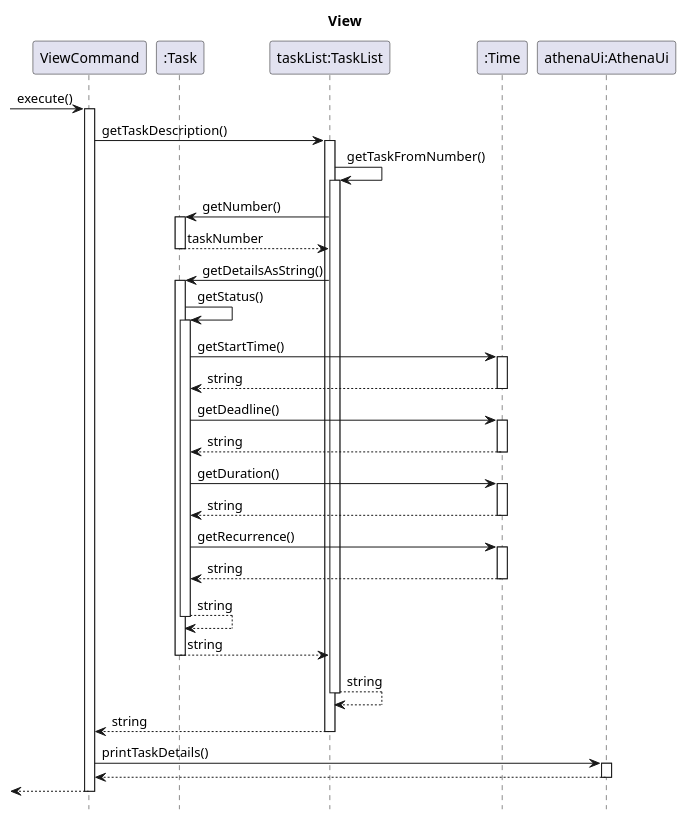
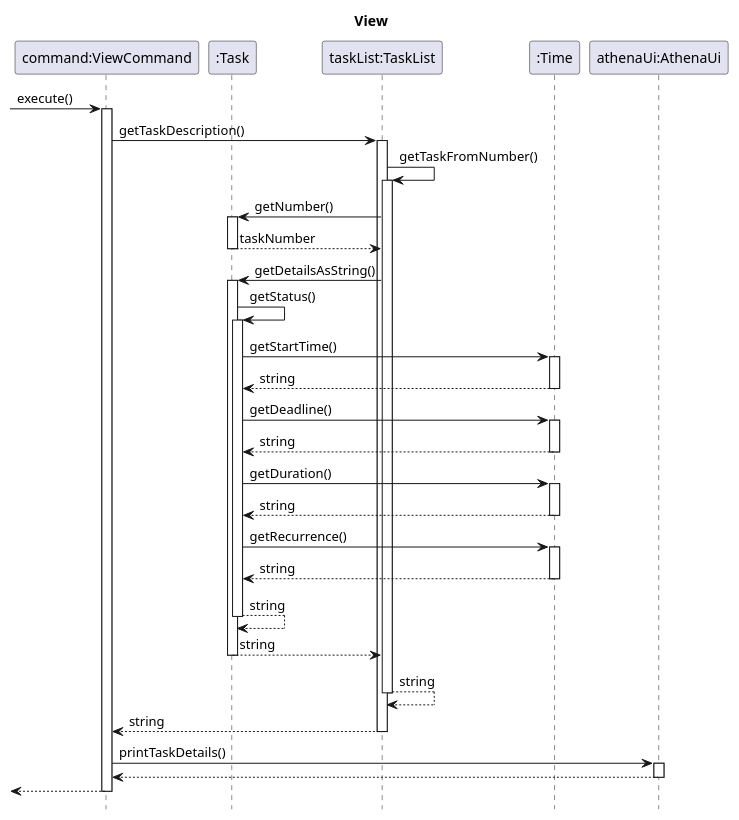
The diagram in docs/sequenceDiagrams/ViewCommand.puml (wish2023/tp), drawn with PlantUML before and after one commit.

Commit message:
Reformat ViewCommand

```diff
--- a/docs/sequenceDiagrams/ViewCommand.puml
+++ b/docs/sequenceDiagrams/ViewCommand.puml
@@ -1,39 +1,34 @@
 @startuml
 hide footbox
 title View
-
-
-->ViewCommand++: execute()
 
 participant "command:ViewCommand" as ViewCommand
 participant ":Task" as Task
 participant "taskList:TaskList" as TaskList
 participant ":Time" as Time
 participant "athenaUi:AthenaUi" as AthenaUI
 
+->ViewCommand++: execute()
 ViewCommand->TaskList++: getTaskDescription()
-
 TaskList->TaskList++: getTaskFromNumber()
-
 TaskList->Task++:getNumber()
 return taskNumber
 TaskList->Task++:getDetailsAsString()
 Task->Task++:getStatus()
-
 Task->Time++:getStartTime()
 return string
 Task->Time++:getDeadline()
 return string
 Task->Time++:getDuration()
 return string
 Task->Time++:getRecurrence()
 return string
 return string
 return string
 return string
 return string
 ViewCommand->AthenaUI++: printTaskDetails()
 return
 <--ViewCommand--
 
 @enduml
```
